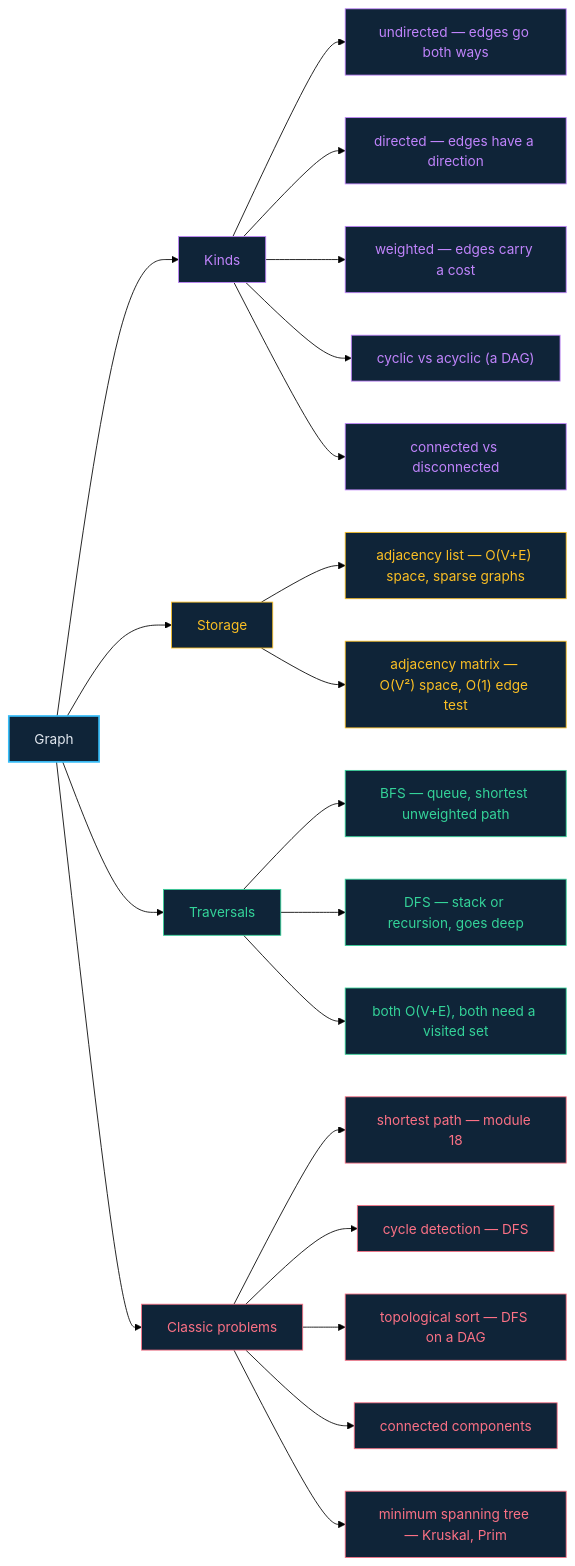
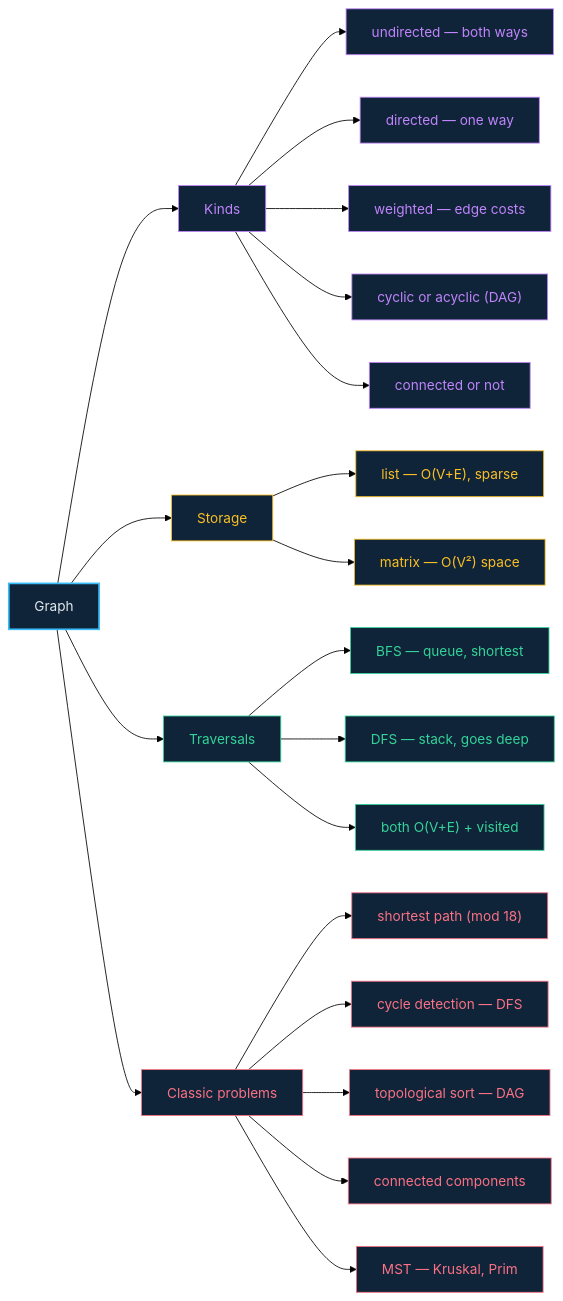
Before and after one commit to rajeshgoyalg/Learn-Data-Structures-and-Algorithms-Visually: the diagram in docs/13-graphs.md, drawn with Mermaid (forest theme). The commit also changed 21 other files, not shown here.

First line of the commit message:
Shorten every mermaid label so diagrams cannot overflow and clip

````diff
--- a/docs/13-graphs.md
+++ b/docs/13-graphs.md
@@ -44,37 +44,37 @@
 ```mermaid
 flowchart LR
   G["Graph"] --> K["Kinds"]
   G --> S["Storage"]
   G --> T["Traversals"]
   G --> P["Classic problems"]
 
-  K --> K1["undirected — edges go both ways"]
-  K --> K2["directed — edges have a direction"]
-  K --> K3["weighted — edges carry a cost"]
-  K --> K4["cyclic vs acyclic (a DAG)"]
-  K --> K5["connected vs disconnected"]
+  K --> K1["undirected — both ways"]
+  K --> K2["directed — one way"]
+  K --> K3["weighted — edge costs"]
+  K --> K4["cyclic or acyclic (DAG)"]
+  K --> K5["connected or not"]
 
-  S --> S1["adjacency list — O(V+E) space, sparse graphs"]
-  S --> S2["adjacency matrix — O(V²) space, O(1) edge test"]
+  S --> S1["list — O(V+E), sparse"]
+  S --> S2["matrix — O(V²) space"]
 
-  T --> T1["BFS — queue, shortest unweighted path"]
-  T --> T2["DFS — stack or recursion, goes deep"]
-  T --> T3["both O(V+E), both need a visited set"]
+  T --> T1["BFS — queue, shortest"]
+  T --> T2["DFS — stack, goes deep"]
+  T --> T3["both O(V+E) + visited"]
 
-  P --> P1["shortest path — module 18"]
+  P --> P1["shortest path (mod 18)"]
   P --> P2["cycle detection — DFS"]
-  P --> P3["topological sort — DFS on a DAG"]
+  P --> P3["topological sort — DAG"]
   P --> P4["connected components"]
-  P --> P5["minimum spanning tree — Kruskal, Prim"]
+  P --> P5["MST — Kruskal, Prim"]
 
   classDef root fill:#0f2438,stroke:#38bdf8,stroke-width:2px,color:#e2e8f0
   classDef k fill:#0f2438,stroke:#c084fc,color:#c084fc
   classDef s fill:#0f2438,stroke:#fbbf24,color:#fbbf24
   classDef t fill:#0f2438,stroke:#34d399,color:#34d399
   classDef p fill:#0f2438,stroke:#fb7185,color:#fb7185
   class G root
   class K,K1,K2,K3,K4,K5 k
   class S,S1,S2 s
   class T,T1,T2,T3 t
   class P,P1,P2,P3,P4,P5 p
 ```
````
